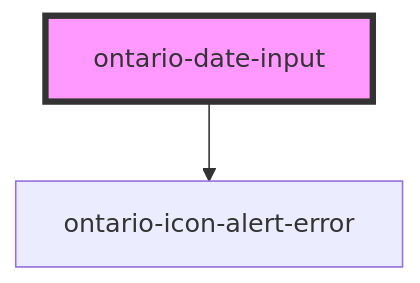
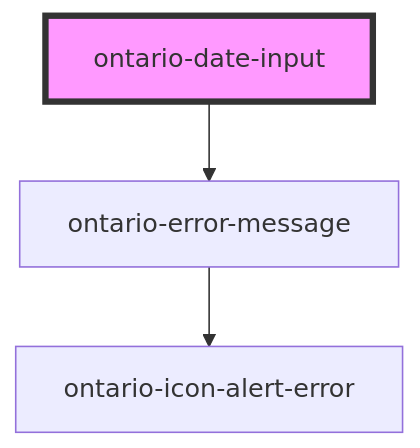
One commit to ongov/ontario-design-system changed the diagram in packages/ontario-design-system-component-library/src/components/ontario-date-input/readme.md. Above: the diagram before and after it, drawn with Mermaid. The commit also changed other lines of this file and 27 other files, not shown here.

Commit message:
feat(ontario-error-alert): add scaffolding for ErrorAlert summary and inline message components

````diff
--- a/packages/ontario-design-system-component-library/src/components/ontario-date-input/readme.md
+++ b/packages/ontario-design-system-component-library/src/components/ontario-date-input/readme.md
@@ -592,5 +611,6 @@
 ```mermaid
 graph TD;
-  ontario-date-input --> ontario-icon-alert-error
+  ontario-date-input --> ontario-error-message
+  ontario-error-message --> ontario-icon-alert-error
   style ontario-date-input fill:#f9f,stroke:#333,stroke-width:4px
 ```
````
